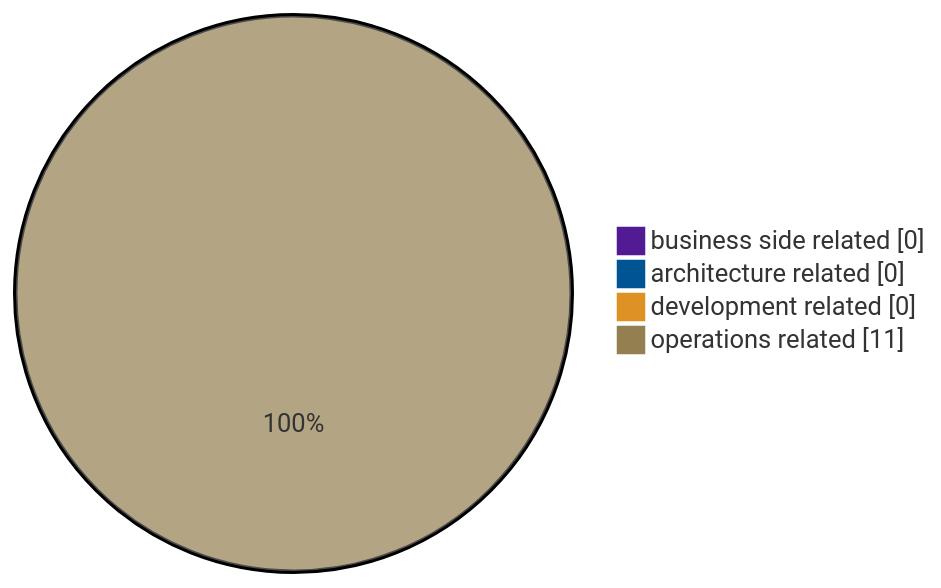
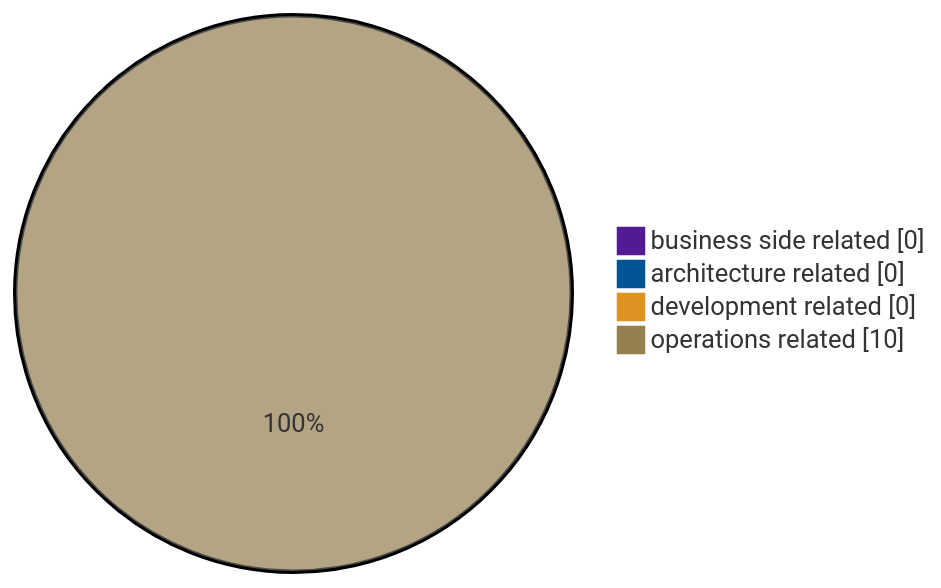
One commit to Luv1881/Threat-model changed the second of 2 diagrams in threagile/output/vast/adocReport/030_RiskMitigationStatus.adoc. Above: the diagram before and after it, drawn with Mermaid. The commit also changed other lines of this file and 312 other files, not shown here.

```diff
--- a/threagile/output/vast/adocReport/030_RiskMitigationStatus.adoc
+++ b/threagile/output/vast/adocReport/030_RiskMitigationStatus.adoc
@@ -87,9 +87,9 @@
 [mermaid]
 ....
 %%{init: {'pie' : {'textPosition' : 0.5}, 'theme': 'base', 'themeVariables': { 'pie1': '#531B93', 'pie2': '#005493', 'pie3': '#DE9223', 'pie4': '#947F50'}}}%%
 pie showData
   "business side related" : 0
   "architecture related" : 0
   "development related" : 0
-  "operations related" : 11
+  "operations related" : 10
 ....
```
